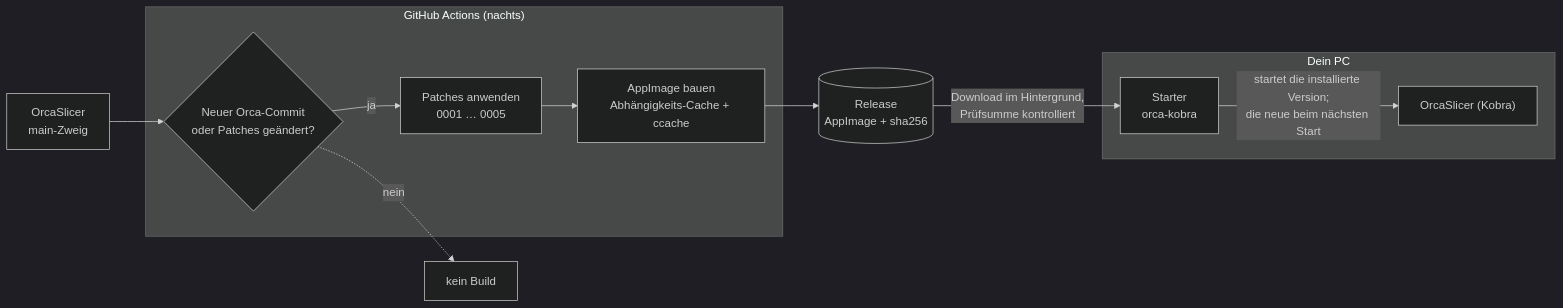
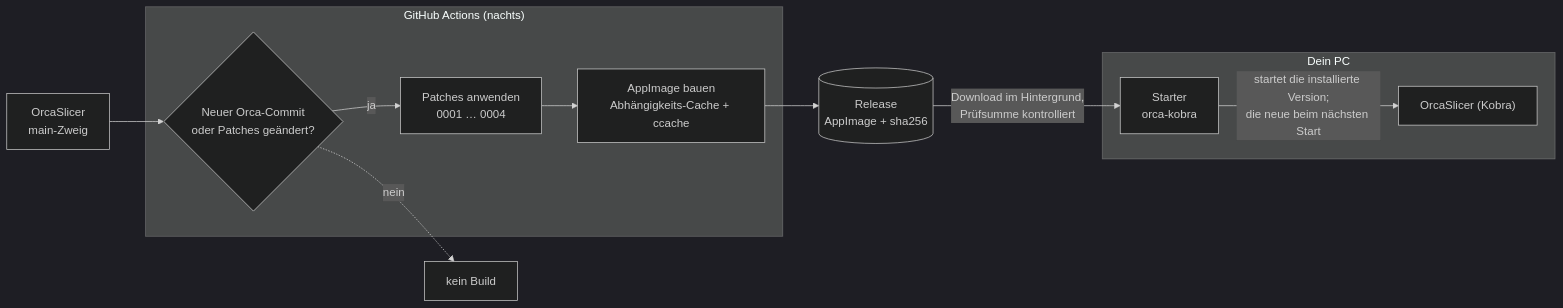
The diagram in README.de.md (xNoVoSx/orca-kobra), drawn with Mermaid (dark theme) before and after one commit. The commit also changed other lines of this file and 7 other files, not shown here.

````diff
--- a/README.de.md
+++ b/README.de.md
@@ -37,20 +37,20 @@
 ```mermaid
 flowchart LR
     UP[OrcaSlicer<br/>main-Zweig]
     subgraph GH["GitHub Actions (nachts)"]
         CK{Neuer Orca-Commit<br/>oder Patches geändert?}
-        AP[Patches anwenden<br/>0001 … 0005]
+        AP[Patches anwenden<br/>0001 … 0004]
         BU[AppImage bauen<br/>Abhängigkeits-Cache + ccache]
     end
     RE[(Release<br/>AppImage + sha256)]
     subgraph PC["Dein PC"]
         LA[Starter<br/>orca-kobra]
         OR["OrcaSlicer (Kobra)"]
     end
 
     UP --> CK
     CK -- ja --> AP --> BU --> RE
     CK -. nein .-> SK[kein Build]
     RE -- "Download im Hintergrund,<br/>Prüfsumme kontrolliert" --> LA
     LA -- "startet die installierte Version;<br/>die neue beim nächsten Start" --> OR
 ```
````
